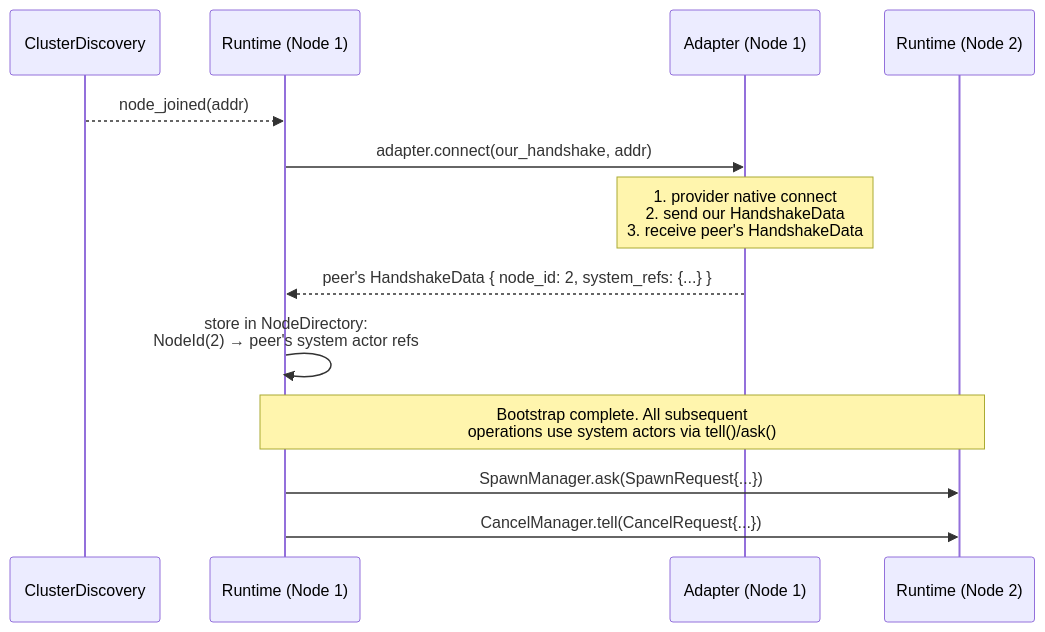
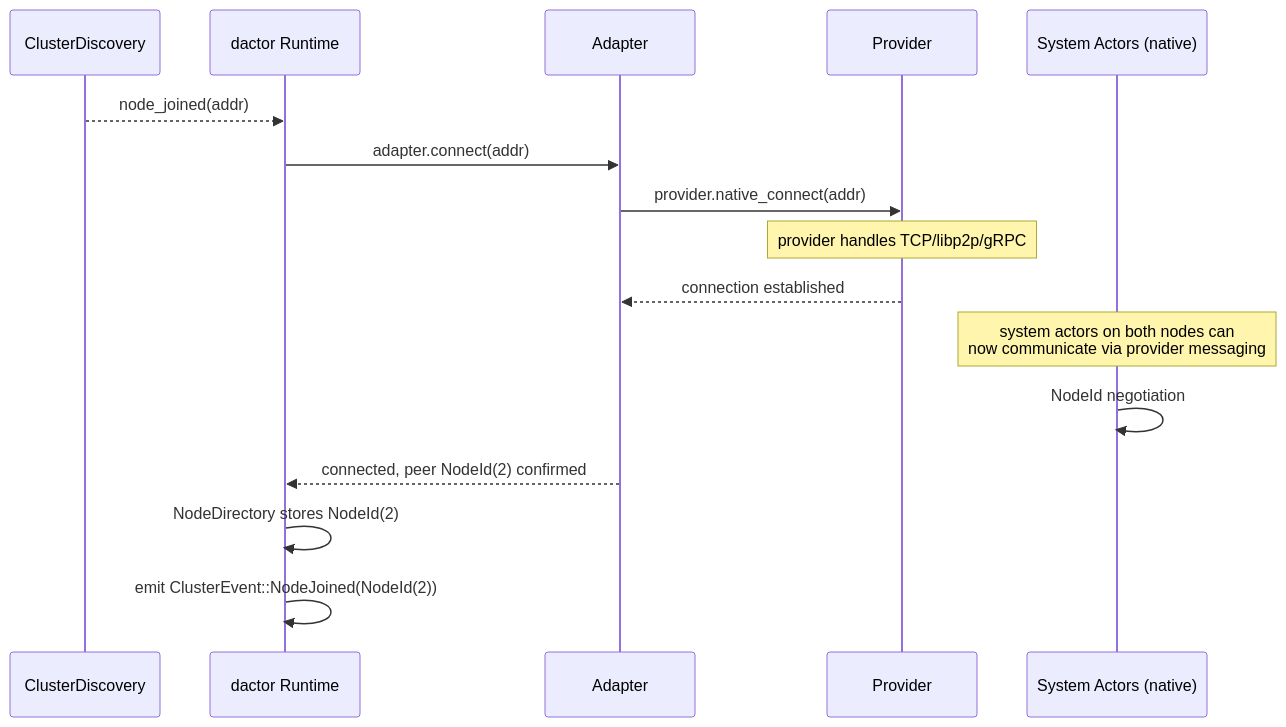
One commit to Yaming-Hub/dactor changed diagram 28 of 32 in docs/design-v0.2.md. Above: the diagram before and after it, drawn with Mermaid. The commit also changed other lines of this file, not shown here.

First line of the commit message:
docs: system actors are native provider actors, dactor never touches network

````diff
--- a/docs/design-v0.2.md
+++ b/docs/design-v0.2.md
@@ -4948,20 +4866,22 @@
 ```mermaid
 sequenceDiagram
     participant CD as ClusterDiscovery
-    participant R1 as Runtime (Node 1)
-    participant A as Adapter (Node 1)
-    participant R2 as Runtime (Node 2)
+    participant R as dactor Runtime
+    participant A as Adapter
+    participant P as Provider
+    participant SA as System Actors (native)
 
-    CD-->>R1: node_joined(addr)
+    CD-->>R: node_joined(addr)
+    R->>A: adapter.connect(addr)
+    A->>P: provider.native_connect(addr)
+    Note over P: provider handles TCP/libp2p/gRPC
 
-    R1->>A: adapter.connect(our_handshake, addr)
-    Note over A: 1. provider native connect<br/>2. send our HandshakeData<br/>3. receive peer's HandshakeData
-    A-->>R1: peer's HandshakeData { node_id: 2, system_refs: {...} }
+    P-->>A: connection established
+    Note over SA: system actors on both nodes can<br/>now communicate via provider messaging
 
-    R1->>R1: store in NodeDirectory:<br/>NodeId(2) → peer's system actor refs
+    SA->>SA: NodeId negotiation
+    A-->>R: connected, peer NodeId(2) confirmed
 
-    Note over R1,R2: Bootstrap complete. All subsequent<br/>operations use system actors via tell()/ask()
-
-    R1->>R2: SpawnManager.ask(SpawnRequest{...})
-    R1->>R2: CancelManager.tell(CancelRequest{...})
+    R->>R: NodeDirectory stores NodeId(2)
+    R->>R: emit ClusterEvent::NodeJoined(NodeId(2))
 ```
````
